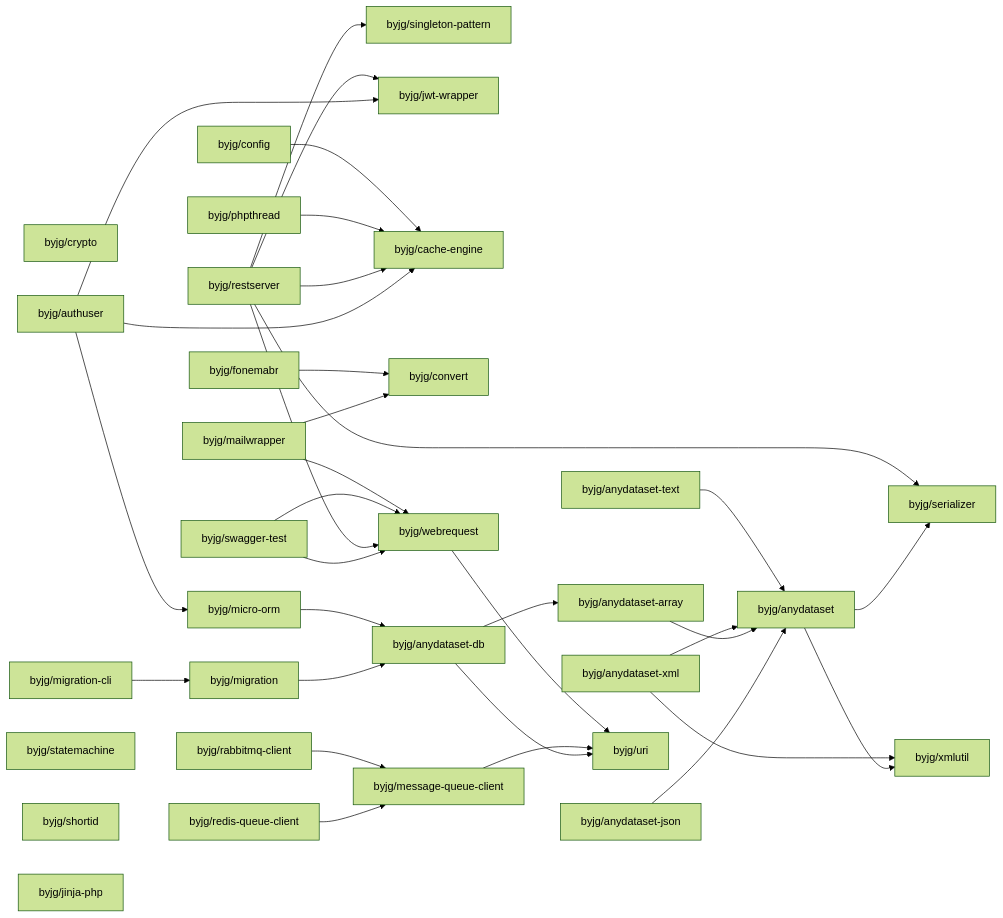
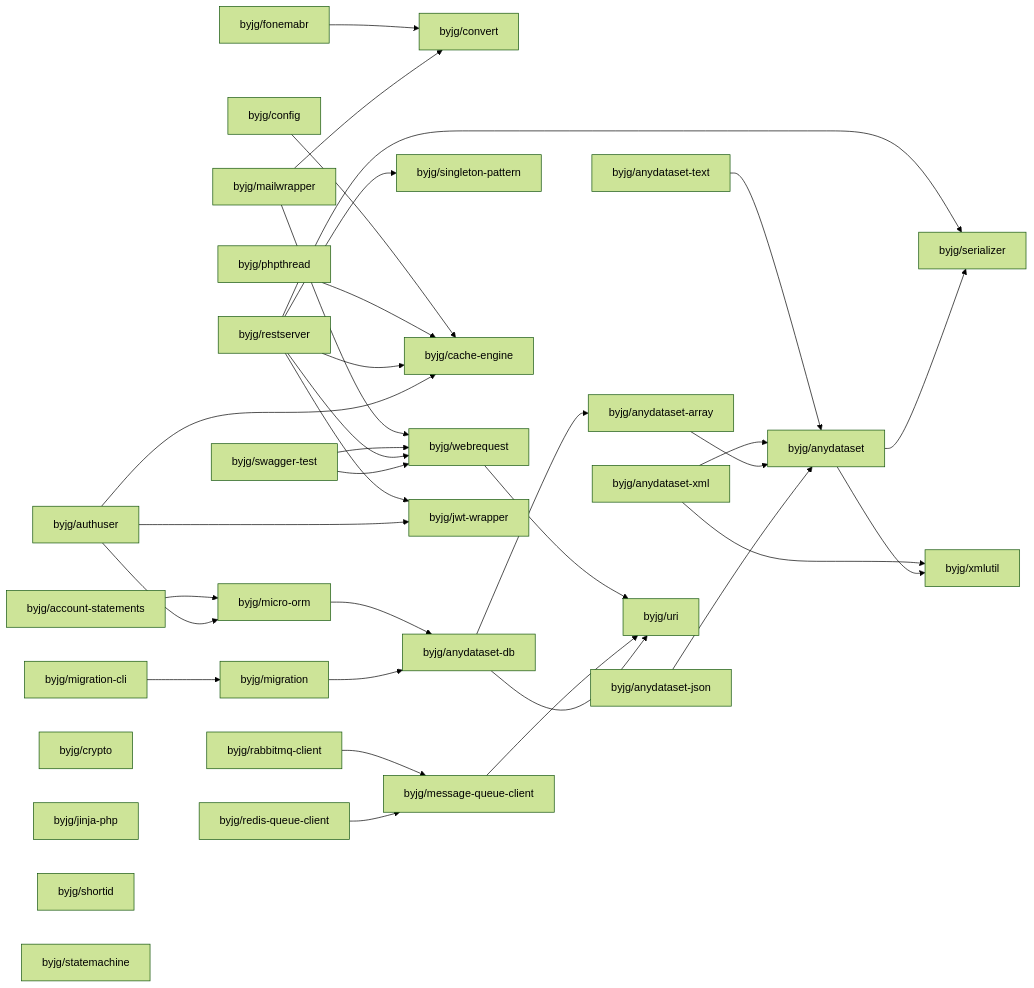
Before and after one commit to byjg/byjg.github.io: the diagram in php/README.md, drawn with Mermaid (forest theme). The commit also changed 2 other files, not shown here.

Commit message:
Update documentation 'php' 'php-account-statements'

````diff
--- a/php/README.md
+++ b/php/README.md
@@ -3,65 +3,67 @@
 ```mermaid
 graph LR;
+  byjg/authuser;
+  byjg/migration-cli;
+  byjg/mailwrapper;
+  byjg/redis-queue-client;
+  byjg/fonemabr;
+  byjg/account-statements;
+  byjg/swagger-test;
+  byjg/crypto;
+  byjg/jinja-php;
+  byjg/rabbitmq-client;
+  byjg/config;
+  byjg/shortid;
+  byjg/phpthread;
+  byjg/statemachine;
+  byjg/anydataset-xml;
+  byjg/anydataset-json;
+  byjg/anydataset-text;
   byjg/restserver;
-  byjg/redis-queue-client;
-  byjg/crypto;
-  byjg/anydataset-xml;
-  byjg/anydataset-text;
-  byjg/authuser;
-  byjg/fonemabr;
-  byjg/config;
-  byjg/phpthread;
-  byjg/mailwrapper;
-  byjg/swagger-test;
-  byjg/migration-cli;
-  byjg/statemachine;
-  byjg/rabbitmq-client;
-  byjg/shortid;
-  byjg/jinja-php;
-  byjg/anydataset-json;
+  byjg/migration;
+  byjg/convert;
+  byjg/micro-orm;
+  byjg/message-queue-client;
   byjg/singleton-pattern;
-  byjg/micro-orm;
+  byjg/cache-engine;
+  byjg/webrequest;
   byjg/jwt-wrapper;
-  byjg/cache-engine;
-  byjg/convert;
-  byjg/webrequest;
-  byjg/migration;
-  byjg/message-queue-client;
   byjg/anydataset-db;
   byjg/anydataset-array;
   byjg/uri;
   byjg/anydataset;
   byjg/serializer;
   byjg/xmlutil;
   byjg/fonemabr --> byjg/convert;
   byjg/config --> byjg/cache-engine;
   byjg/anydataset-text --> byjg/anydataset;
   byjg/webrequest --> byjg/uri;
+  byjg/account-statements --> byjg/micro-orm;
   byjg/rabbitmq-client --> byjg/message-queue-client;
   byjg/micro-orm --> byjg/anydataset-db;
   byjg/phpthread --> byjg/cache-engine;
   byjg/anydataset-xml --> byjg/anydataset;
   byjg/anydataset-xml --> byjg/xmlutil;
   byjg/anydataset-array --> byjg/anydataset;
   byjg/mailwrapper --> byjg/convert;
   byjg/mailwrapper --> byjg/webrequest;
   byjg/message-queue-client --> byjg/uri;
   byjg/anydataset-db --> byjg/anydataset-array;
   byjg/anydataset-db --> byjg/uri;
   byjg/anydataset-json --> byjg/anydataset;
   byjg/migration --> byjg/anydataset-db;
   byjg/swagger-test --> byjg/webrequest;
   byjg/redis-queue-client --> byjg/message-queue-client;
   byjg/restserver --> byjg/serializer;
   byjg/restserver --> byjg/singleton-pattern;
   byjg/restserver --> byjg/cache-engine;
   byjg/restserver --> byjg/webrequest;
   byjg/restserver --> byjg/jwt-wrapper;
   byjg/authuser --> byjg/micro-orm;
   byjg/authuser --> byjg/cache-engine;
   byjg/authuser --> byjg/jwt-wrapper;
   byjg/swagger-test --> byjg/webrequest;
   byjg/migration-cli --> byjg/migration;
   byjg/anydataset --> byjg/serializer;
   byjg/anydataset --> byjg/xmlutil;
 ```
````
